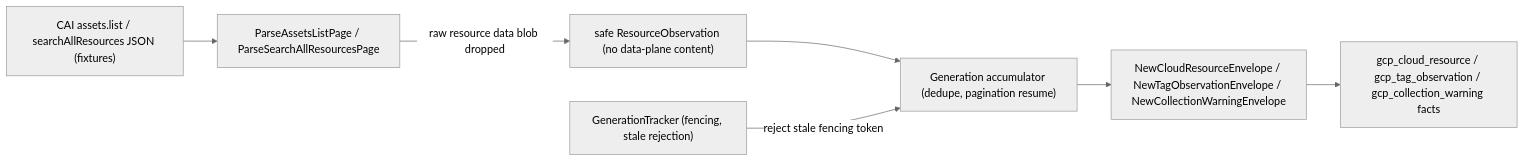
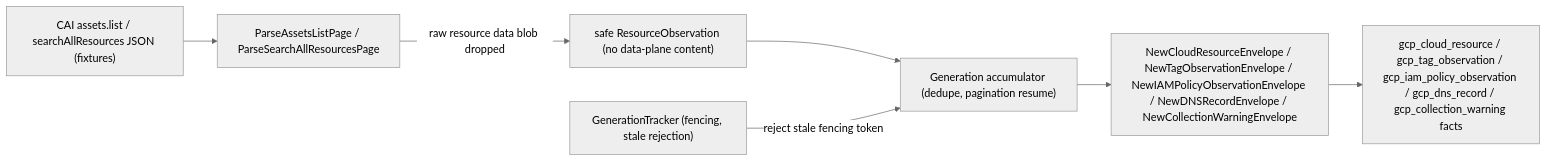
One commit to eshu-hq/eshu changed the diagram in go/internal/collector/gcpcloud/README.md. Above: the diagram before and after it, drawn with Mermaid (neutral theme). The commit also changed other lines of this file and 22 other files, not shown here.

First line of the commit message:
Emit GCP IAM policy observations from CAI policies (#2326)

````diff
--- a/go/internal/collector/gcpcloud/README.md
+++ b/go/internal/collector/gcpcloud/README.md
@@ -20,17 +21,17 @@
 ```mermaid
 flowchart LR
     Pages["CAI assets.list / searchAllResources JSON (fixtures)"]
     Parse["ParseAssetsListPage / ParseSearchAllResourcesPage"]
     Obs["safe ResourceObservation (no data-plane content)"]
     Gen["Generation accumulator (dedupe, pagination resume)"]
-    Env["NewCloudResourceEnvelope / NewTagObservationEnvelope / NewCollectionWarningEnvelope"]
+    Env["NewCloudResourceEnvelope / NewTagObservationEnvelope / NewIAMPolicyObservationEnvelope / NewDNSRecordEnvelope / NewCollectionWarningEnvelope"]
     Tracker["GenerationTracker (fencing, stale rejection)"]
-    Facts["gcp_cloud_resource / gcp_tag_observation / gcp_collection_warning facts"]
+    Facts["gcp_cloud_resource / gcp_tag_observation / gcp_iam_policy_observation / gcp_dns_record / gcp_collection_warning facts"]
 
     Pages --> Parse
     Parse -->|"raw resource data blob dropped"| Obs
     Obs --> Gen
     Gen --> Env
     Tracker -->|"reject stale fencing token"| Gen
     Env --> Facts
 ```
````
